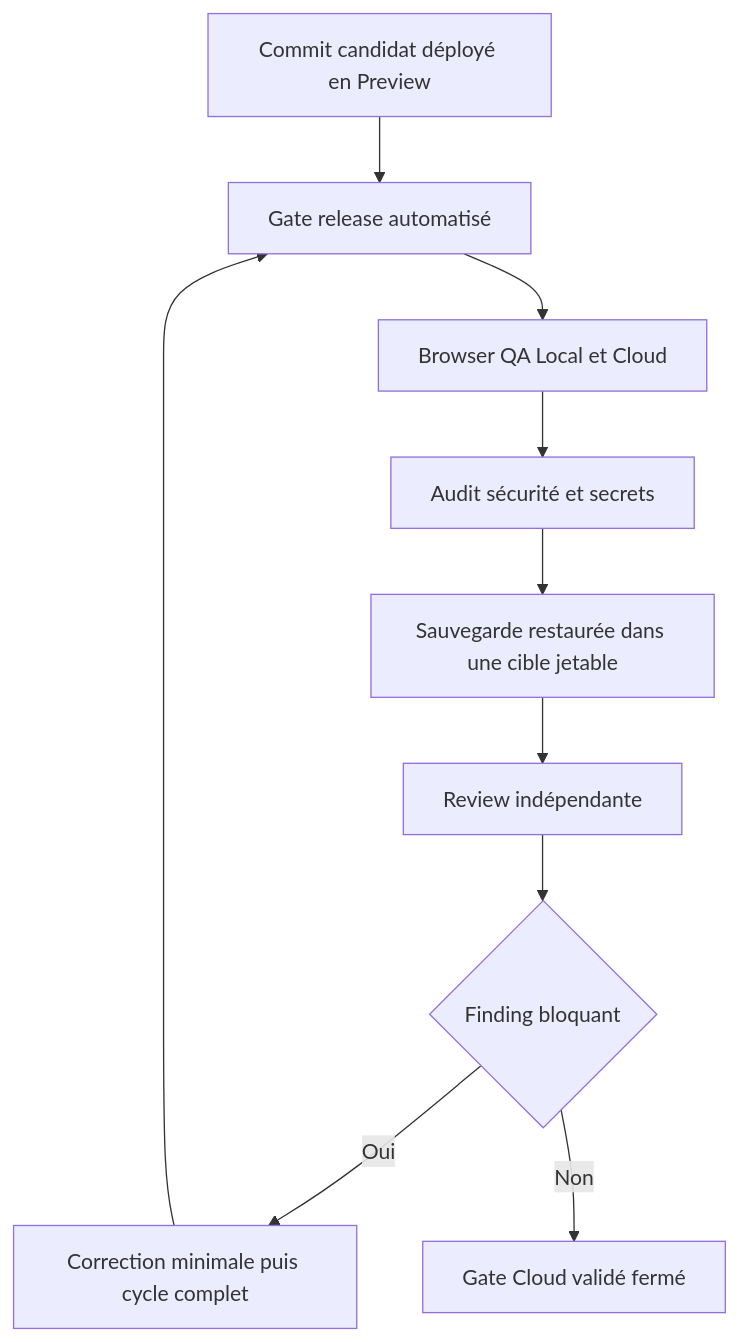
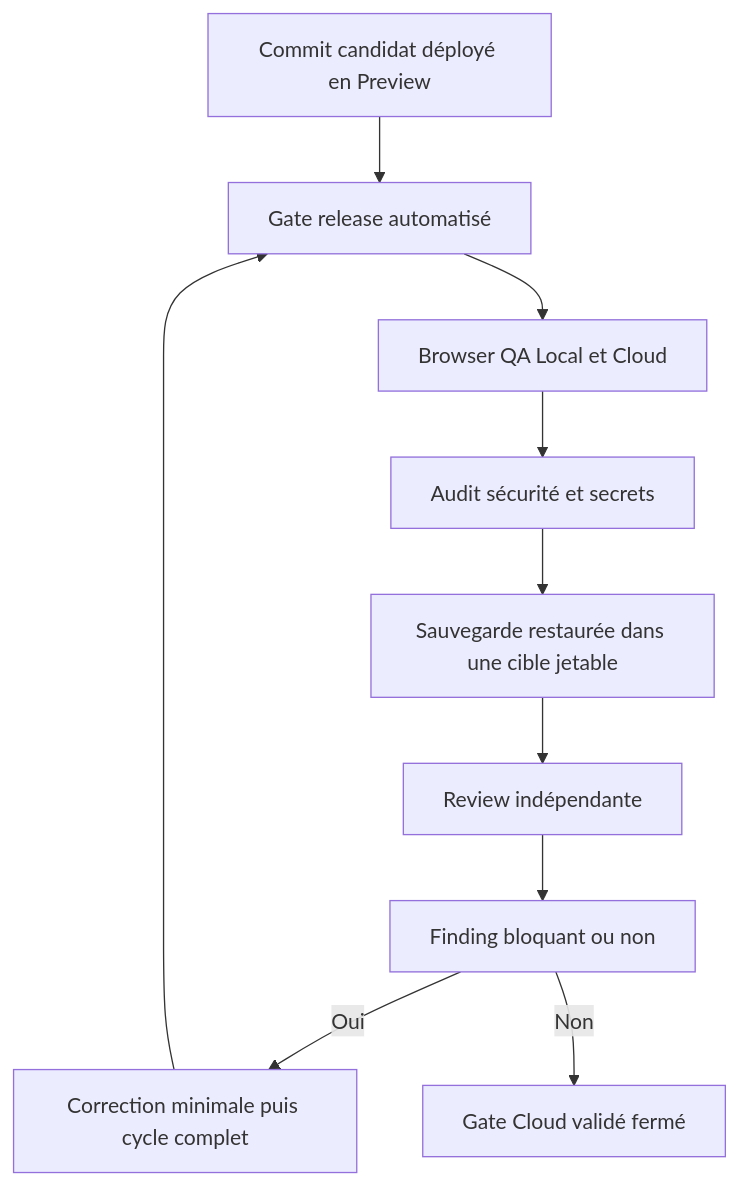
One commit to neogenz/screenforge changed the first of 2 diagrams in aidd_docs/tasks/2026_08/2026_08_16_cloud-prelaunch-validation/phase-5.md. Above: the diagram before and after it, drawn with Mermaid. The commit also changed 2 other files, not shown here.

Commit message:
docs(aidd): finalise la revue du plan Cloud

````diff
--- a/aidd_docs/tasks/2026_08/2026_08_16_cloud-prelaunch-validation/phase-5.md
+++ b/aidd_docs/tasks/2026_08/2026_08_16_cloud-prelaunch-validation/phase-5.md
@@ -25,12 +25,12 @@
 ```mermaid
 flowchart TD
   A[Commit candidat déployé en Preview] --> B[Gate release automatisé]
   B --> C[Browser QA Local et Cloud]
   C --> D[Audit sécurité et secrets]
   D --> E[Sauvegarde restaurée dans une cible jetable]
   E --> F[Review indépendante]
-  F --> G{Finding bloquant}
+  F --> G[Finding bloquant ou non]
   G -- Oui --> H[Correction minimale puis cycle complet]
   H --> B
   G -- Non --> I[Gate Cloud validé fermé]
 ```
````
